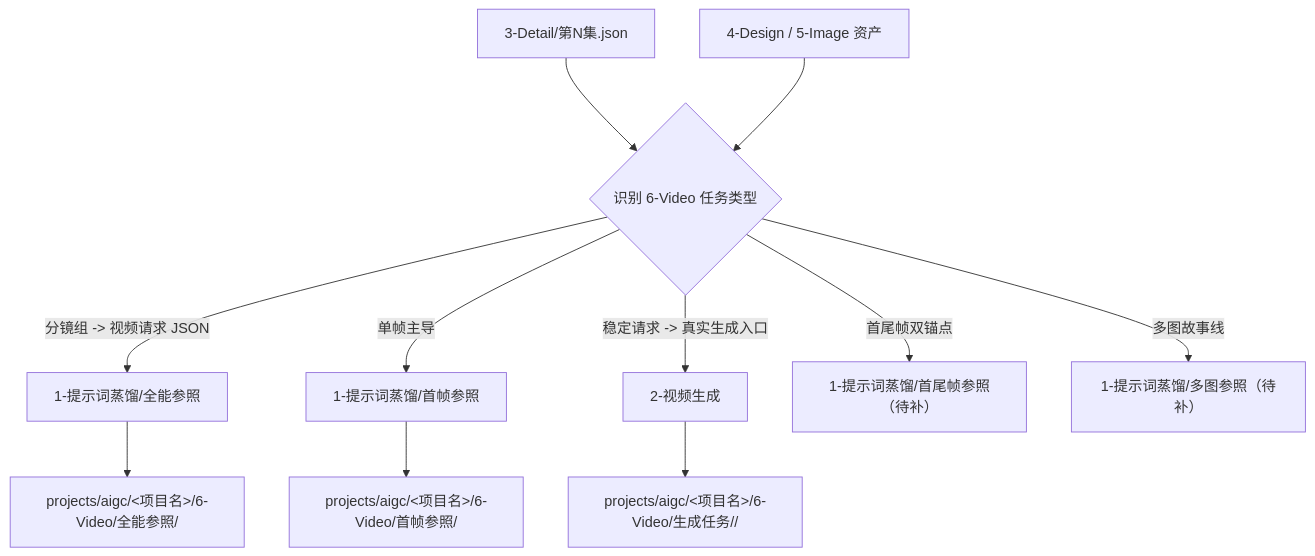
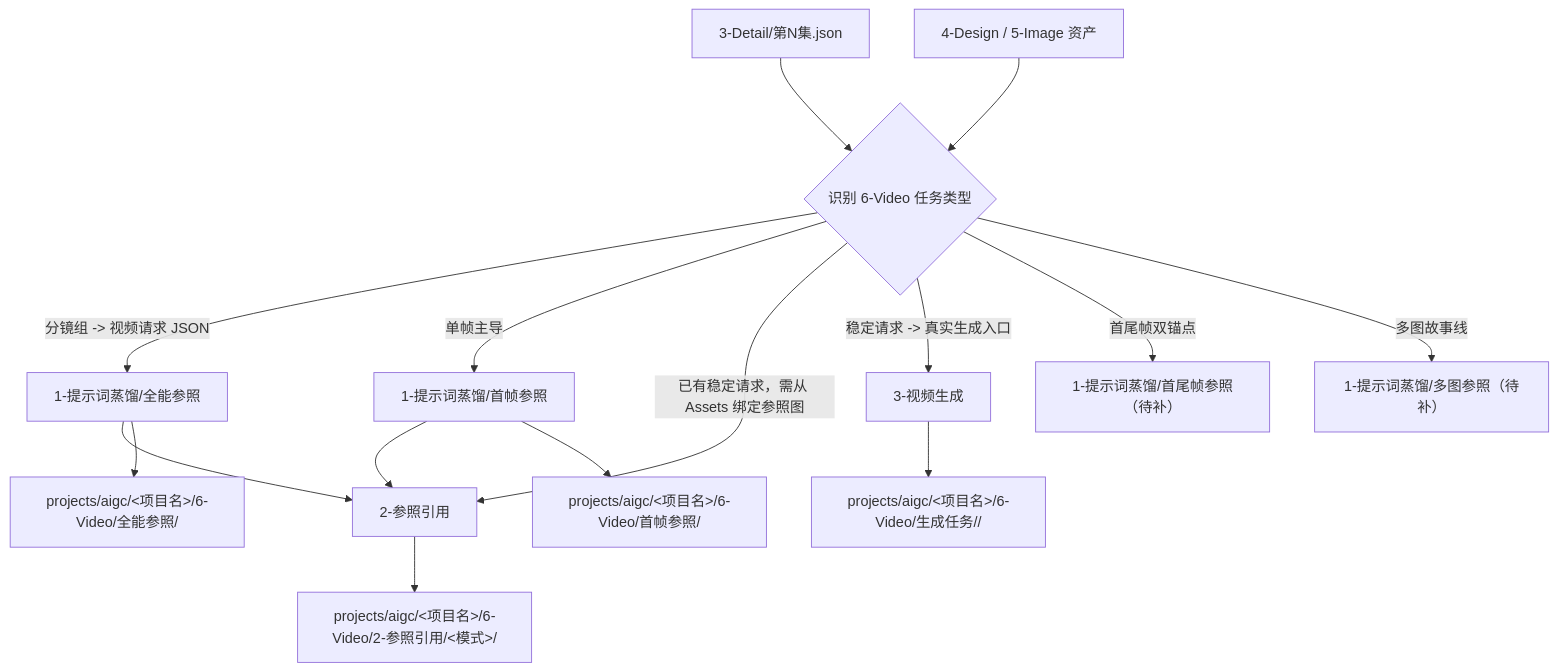
The first of 2 diagrams in .agents/skills/aigc/6-Video/SKILL.md (ZEN-VOID/AI-CUT), drawn with Mermaid before and after one commit. The commit also changed other lines of this file and 70 other files, not shown here.

````diff
--- a/.agents/skills/aigc/6-Video/SKILL.md
+++ b/.agents/skills/aigc/6-Video/SKILL.md
@@ -62,13 +63,17 @@
 ```mermaid
 flowchart TD
     A["3-Detail/第N集.json"] --> B{"识别 6-Video 任务类型"}
     C["4-Design / 5-Image 资产"] --> B
     B -->|"分镜组 -> 视频请求 JSON"| D["1-提示词蒸馏/全能参照"]
     B -->|"单帧主导"| E["1-提示词蒸馏/首帧参照"]
-    B -->|"稳定请求 -> 真实生成入口"| J["2-视频生成"]
+    D --> R["2-参照引用"]
+    E --> R
+    B -->|"已有稳定请求，需从 Assets 绑定参照图"| R
+    B -->|"稳定请求 -> 真实生成入口"| J["3-视频生成"]
     B -->|"首尾帧双锚点"| F["1-提示词蒸馏/首尾帧参照（待补）"]
     B -->|"多图故事线"| G["1-提示词蒸馏/多图参照（待补）"]
     D --> H["projects/aigc/<项目名>/6-Video/全能参照/"]
     E --> I["projects/aigc/<项目名>/6-Video/首帧参照/"]
+    R --> M["projects/aigc/<项目名>/6-Video/2-参照引用/<模式>/"]
     J --> K["projects/aigc/<项目名>/6-Video/生成任务/<provider>/"]
 ```
````
